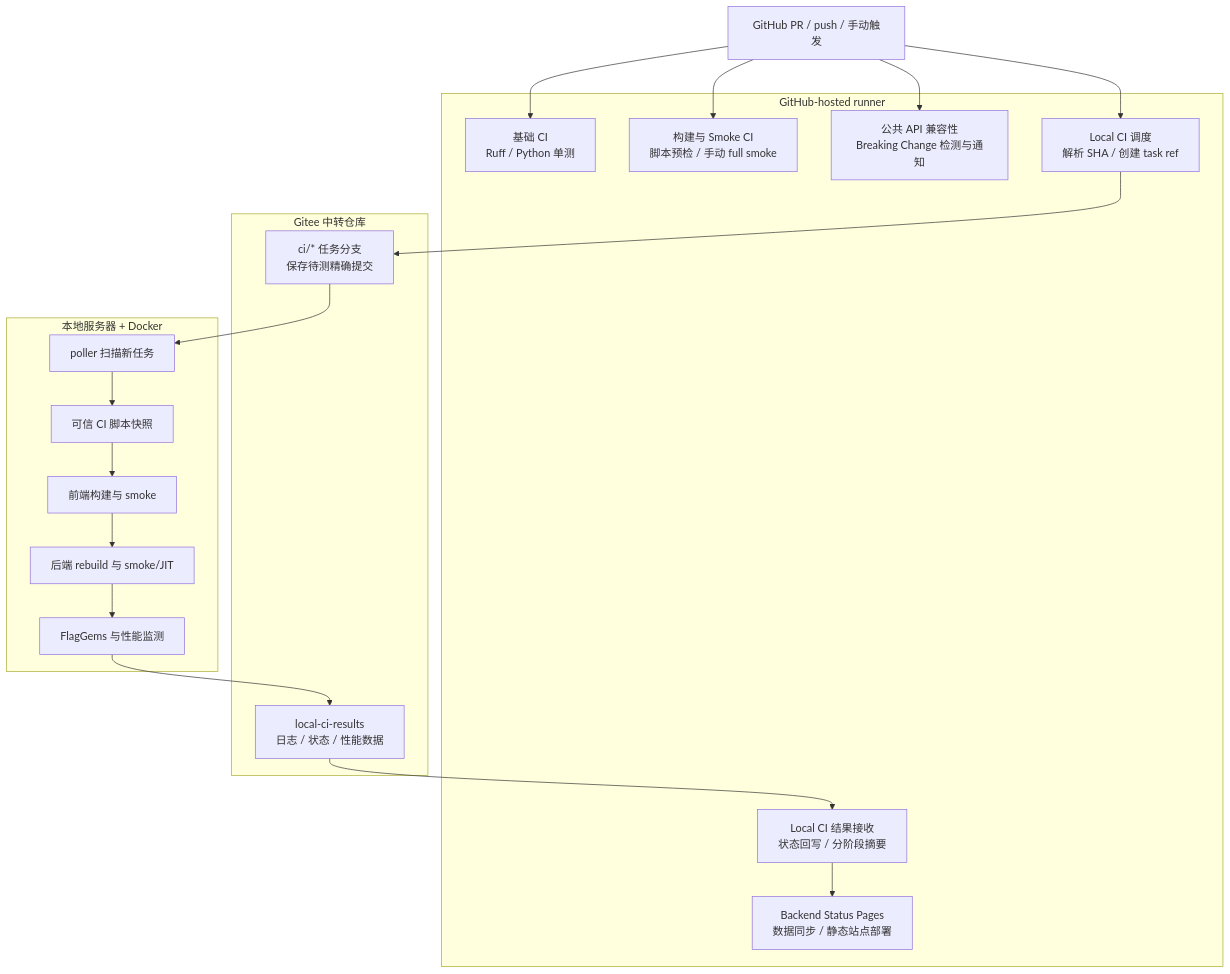
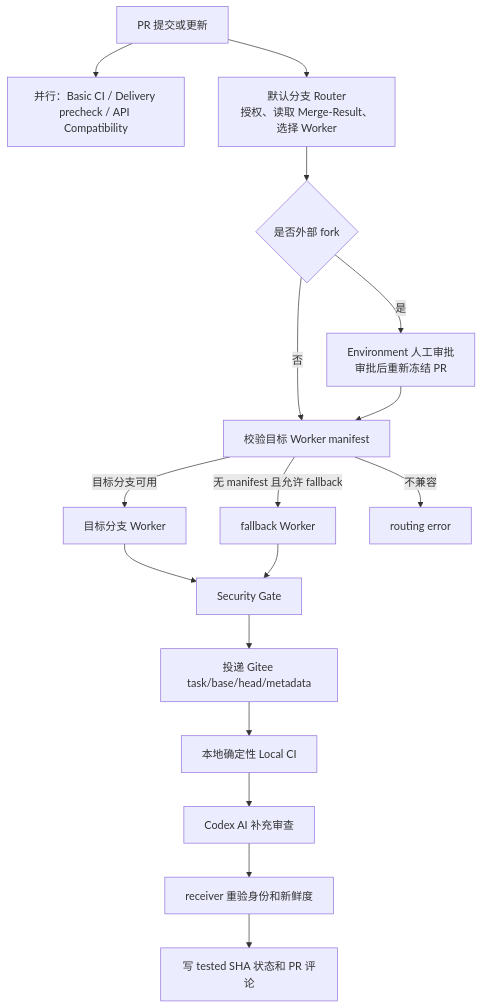
Before and after one commit to likehupochuan/triton-anchor: the second of 2 diagrams in docs/ci_guide_zh.md, drawn with Mermaid. The commit also changed other lines of this file and 6 other files, not shown here.

````diff
--- a/docs/ci_guide_zh.md
+++ b/docs/ci_guide_zh.md
@@ -31,35 +203,19 @@
 ```mermaid
 flowchart TB
-  A["GitHub PR / push / 手动触发"]
-
-  subgraph GitHub["GitHub-hosted runner"]
-    B["基础 CI<br/>Ruff / Python 单测"]
-    C["构建与 Smoke CI<br/>脚本预检 / 手动 full smoke"]
-    D["公共 API 兼容性<br/>Breaking Change 检测与通知"]
-    E["Local CI 调度<br/>解析 SHA / 创建 task ref"]
-    F["Local CI 结果接收<br/>状态回写 / 分阶段摘要"]
-    G["Backend Status Pages<br/>数据同步 / 静态站点部署"]
-  end
-
-  subgraph Relay["Gitee 中转仓库"]
-    H["ci/* 任务分支<br/>保存待测精确提交"]
-    I["local-ci-results<br/>日志 / 状态 / 性能数据"]
-  end
-
-  subgraph Local["本地服务器 + Docker"]
-    J["poller 扫描新任务"]
-    K["可信 CI 脚本快照"]
-    L["前端构建与 smoke"]
-    M["后端 rebuild 与 smoke/JIT"]
-    N["FlagGems 与性能监测"]
-  end
-
-  A --> B
-  A --> C
-  A --> D
-  A --> E
-  E --> H
-  H --> J --> K --> L --> M --> N --> I
-  I --> F
-  F --> G
+  PR["PR 提交或更新"] --> Fast["并行：Basic CI / Delivery precheck / API Compatibility"]
+  PR --> Router["默认分支 Router\n授权、读取 Merge-Result、选择 Worker"]
+  Router --> Fork{"是否外部 fork"}
+  Fork -->|是| Approval["Environment 人工审批\n审批后重新冻结 PR"]
+  Fork -->|否| WorkerChoice["校验目标 Worker manifest"]
+  Approval --> WorkerChoice
+  WorkerChoice -->|目标分支可用| TargetWorker["目标分支 Worker"]
+  WorkerChoice -->|无 manifest 且允许 fallback| Fallback["fallback Worker"]
+  WorkerChoice -->|不兼容| RoutingError["routing error"]
+  TargetWorker --> Security["Security Gate"]
+  Fallback --> Security
+  Security --> Dispatch["投递 Gitee task/base/head/metadata"]
+  Dispatch --> Local["本地确定性 Local CI"]
+  Local --> AI["Codex AI 补充审查"]
+  AI --> Receive["receiver 重验身份和新鲜度"]
+  Receive --> Status["写 tested SHA 状态和 PR 评论"]
 ```
````
